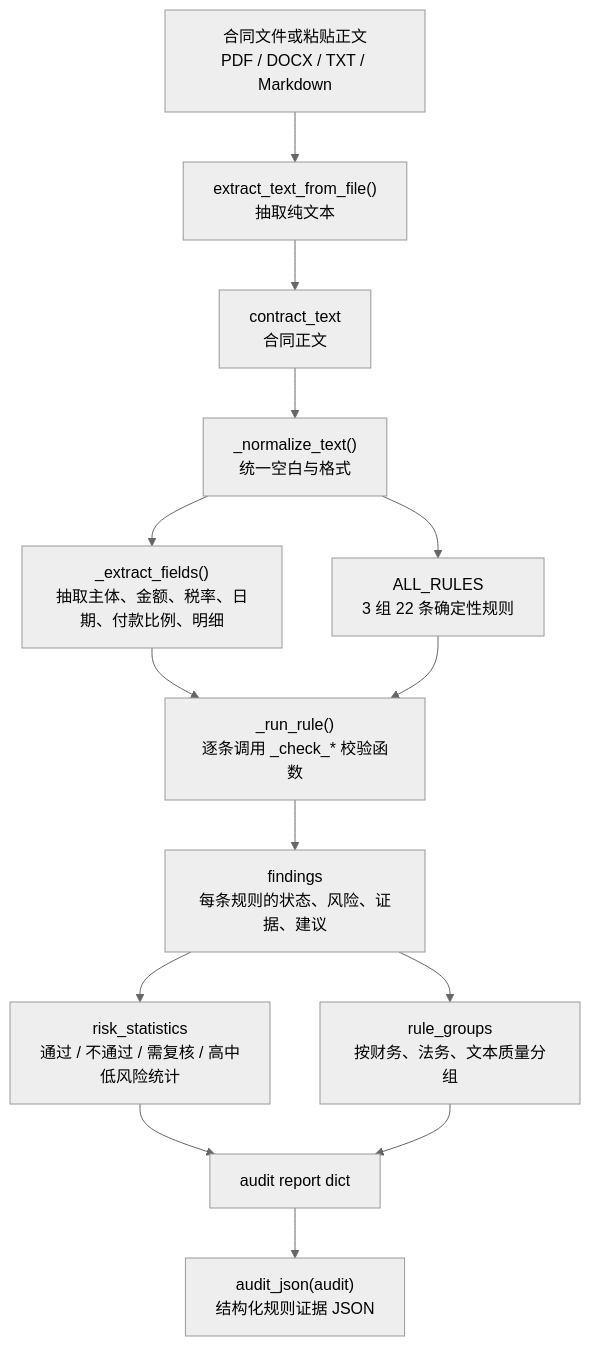
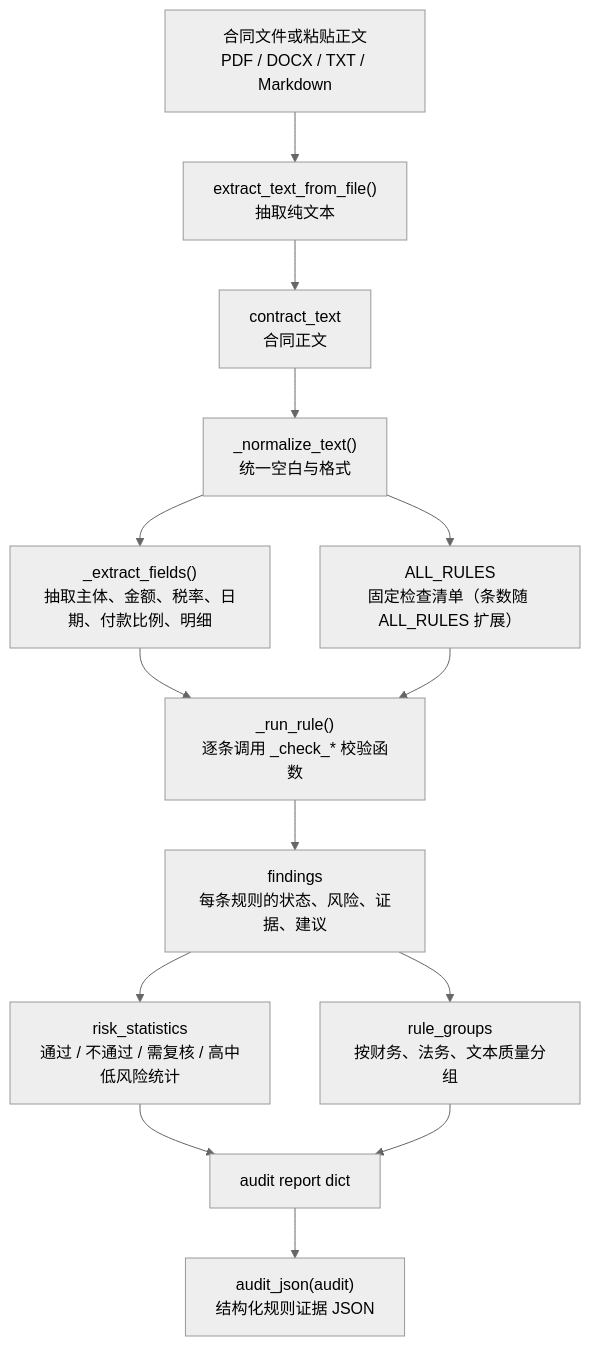
Before and after one commit to FiringJ/local-crewai-demo: the first of 3 diagrams in docs/CREWAI_RULE_EVIDENCE_FLOW.md, drawn with Mermaid (neutral theme). The commit also changed other lines of this file and 2 other files, not shown here.

Commit message:
Update OPC submission docs for 26-rule checklist and rule-reference architecture.

````diff
--- a/docs/CREWAI_RULE_EVIDENCE_FLOW.md
+++ b/docs/CREWAI_RULE_EVIDENCE_FLOW.md
@@ -25,16 +30,16 @@
 ```mermaid
 flowchart TD
     A["合同文件或粘贴正文<br/>PDF / DOCX / TXT / Markdown"] --> B["extract_text_from_file()<br/>抽取纯文本"]
     B --> C["contract_text<br/>合同正文"]
     C --> D["_normalize_text()<br/>统一空白与格式"]
     D --> E["_extract_fields()<br/>抽取主体、金额、税率、日期、付款比例、明细"]
-    D --> F["ALL_RULES<br/>3 组 22 条确定性规则"]
+    D --> F["ALL_RULES<br/>固定检查清单（条数随 ALL_RULES 扩展）"]
     E --> G["_run_rule()<br/>逐条调用 _check_* 校验函数"]
     F --> G
     G --> H["findings<br/>每条规则的状态、风险、证据、建议"]
     H --> I["risk_statistics<br/>通过 / 不通过 / 需复核 / 高中低风险统计"]
     H --> J["rule_groups<br/>按财务、法务、文本质量分组"]
     I --> K["audit report dict"]
     J --> K
     K --> L["audit_json(audit)<br/>结构化规则证据 JSON"]
 ```
````
